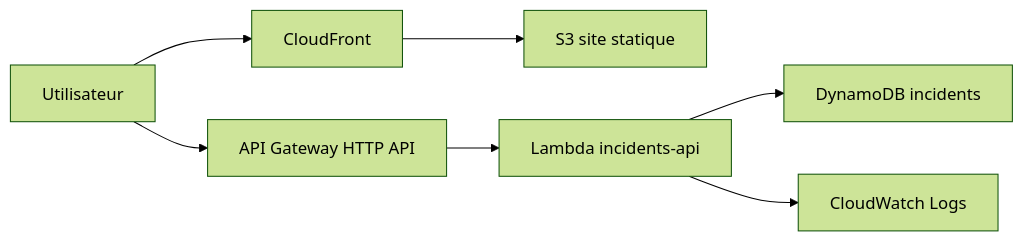
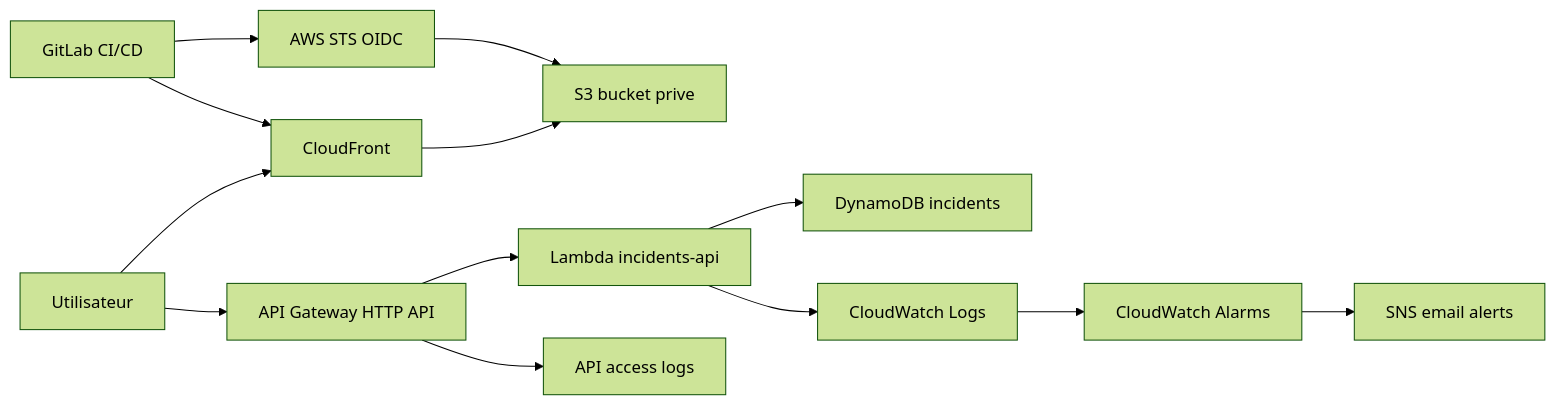
Before and after one commit to ylhan237/incidentops: the diagram in README.md, drawn with Mermaid (forest theme). The commit also changed other lines of this file and 11 other files, not shown here.

Commit message:
Fix GitLab deploy AWS CLI image

````diff
--- a/README.md
+++ b/README.md
@@ -18,9 +27,15 @@
 ```mermaid
 flowchart LR
     User["Utilisateur"] --> CF["CloudFront"]
-    CF --> S3["S3 site statique"]
+    CF --> S3["S3 bucket prive"]
     User --> APIGW["API Gateway HTTP API"]
     APIGW --> Lambda["Lambda incidents-api"]
     Lambda --> DDB["DynamoDB incidents"]
     Lambda --> CW["CloudWatch Logs"]
+    APIGW --> APILogs["API access logs"]
+    CW --> Alarm["CloudWatch Alarms"]
+    Alarm --> SNS["SNS email alerts"]
+    GitLab["GitLab CI/CD"] --> STS["AWS STS OIDC"]
+    STS --> S3
+    GitLab --> CF
 ```
````
